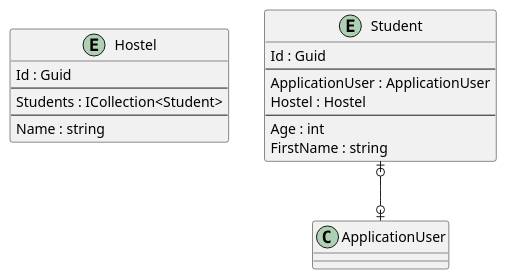
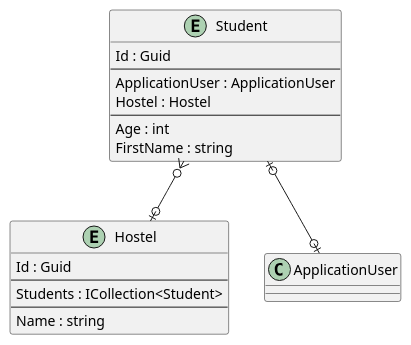
One commit to intrepion/https-code-maze.com-csharp-create-better-looking-console-applications-with-spectre-console- changed the diagram in .docs/HostelStudents.pu. Above: the diagram before and after it, drawn with PlantUML.

Commit message:
gawk -i inplace "{ gsub(/' RelationshipCodePlaceholder/, \"Student }o--o| Hostel\n' RelationshipCodePlaceholder\") }; { print }" .docs/HostelStudents.pu

```diff
--- a/.docs/HostelStudents.pu
+++ b/.docs/HostelStudents.pu
@@ -1,30 +1,31 @@
 @startuml
 
 entity Hostel {
     Id : Guid
     --
     Students : ICollection<Student>
     ' HostelKeyCodePlaceholder
     --
     Name : string
     ' HostelPropertyCodePlaceholder
 }
 
 entity Student {
     Id : Guid
     --
     ApplicationUser : ApplicationUser
     Hostel : Hostel
     ' StudentKeyCodePlaceholder
     --
     Age : int
     FirstName : string
     ' StudentPropertyCodePlaceholder
 }
 
 ' EntityCodePlaceholder
 
 Student |o--o| ApplicationUser
+Student }o--o| Hostel
 ' RelationshipCodePlaceholder
 
 @enduml
```
